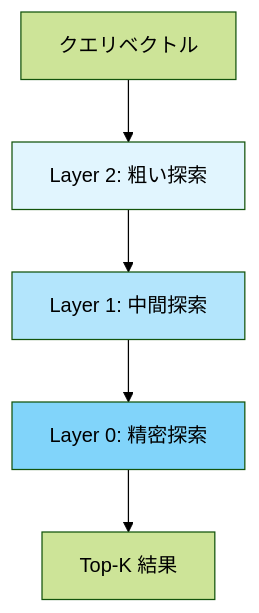
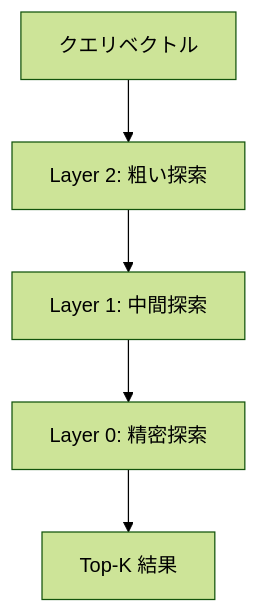
The first of 2 diagrams in articles/e1bcdc3fb9b21e.md (0h-n0/zenn-contents), drawn with Mermaid (forest theme) before and after one commit. The commit also changed 13 other files, not shown here.

First line of the commit message:
fix: Mermaidダイアグラムのカスタムスタイル(fill/stroke/color)を削除

````diff
--- a/articles/e1bcdc3fb9b21e.md
+++ b/articles/e1bcdc3fb9b21e.md
@@ -43,11 +43,8 @@
 ```mermaid
 graph TD
     A[クエリベクトル] --> B[Layer 2: 粗い探索]
     B --> C[Layer 1: 中間探索]
     C --> D[Layer 0: 精密探索]
     D --> E[Top-K 結果]
 
-    style B fill:#e1f5fe
-    style C fill:#b3e5fc
-    style D fill:#81d4fa
 ```
````
